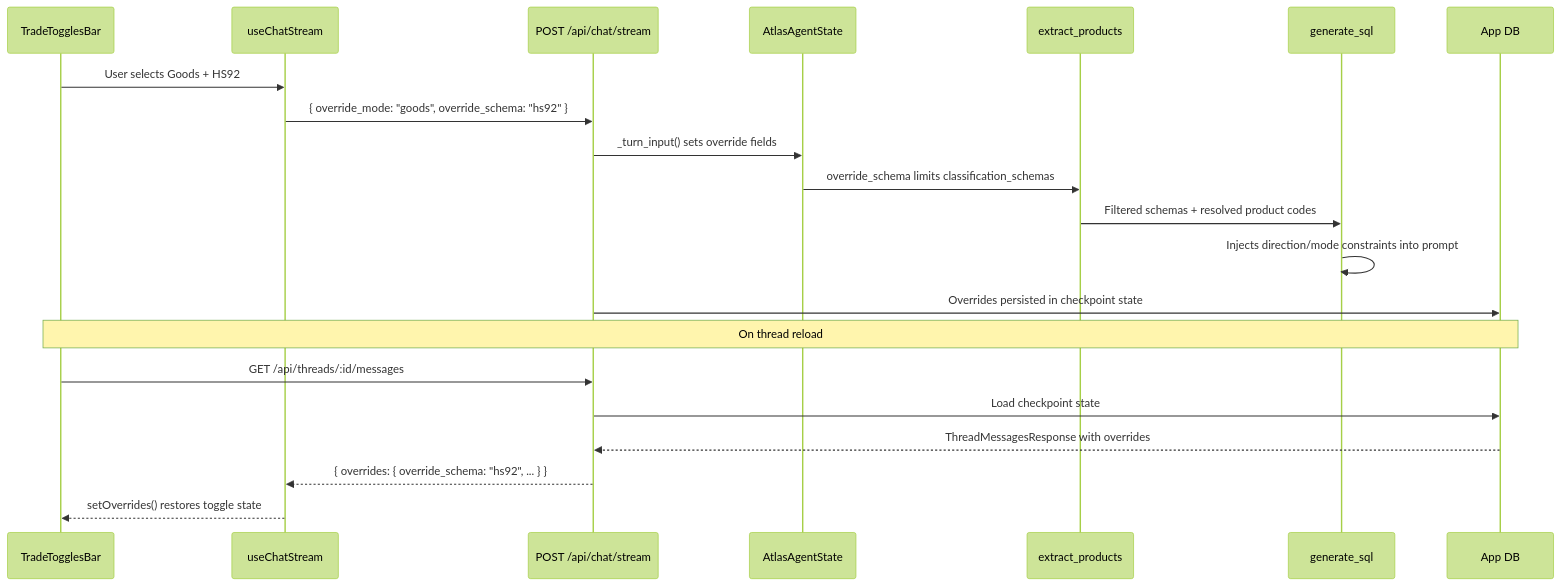
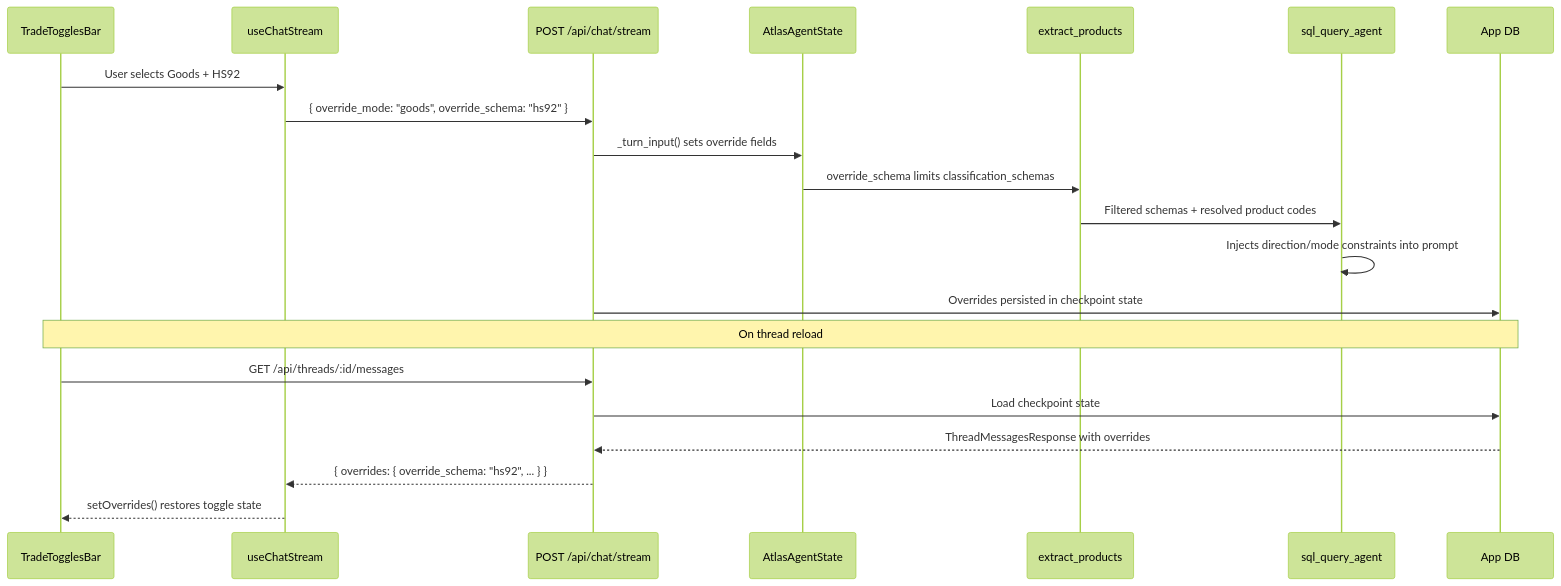
One commit to shreyasgm/ask-atlas changed the fourth of 5 diagrams in docs/public/architecture.md. Above: the diagram before and after it, drawn with Mermaid (forest theme). The commit also changed other lines of this file and 2 other files, not shown here.

First line of the commit message:
docs: update README, architecture, and backend docs to reflect current codebase

````diff
--- a/docs/public/architecture.md
+++ b/docs/public/architecture.md
@@ -914,25 +945,25 @@
 ```mermaid
 sequenceDiagram
     participant UI as TradeTogglesBar
     participant Hook as useChatStream
     participant API as POST /api/chat/stream
     participant State as AtlasAgentState
     participant EP as extract_products
-    participant GS as generate_sql
+    participant SQA as sql_query_agent
     participant DB as App DB
 
     UI->>Hook: User selects Goods + HS92
     Hook->>API: { override_mode: "goods", override_schema: "hs92" }
     API->>State: _turn_input() sets override fields
     State->>EP: override_schema limits classification_schemas
-    EP->>GS: Filtered schemas + resolved product codes
-    GS->>GS: Injects direction/mode constraints into prompt
+    EP->>SQA: Filtered schemas + resolved product codes
+    SQA->>SQA: Injects direction/mode constraints into prompt
     API->>DB: Overrides persisted in checkpoint state
 
     Note over UI,DB: On thread reload
     UI->>API: GET /api/threads/:id/messages
     API->>DB: Load checkpoint state
     DB-->>API: ThreadMessagesResponse with overrides
     API-->>Hook: { overrides: { override_schema: "hs92", ... } }
     Hook-->>UI: setOverrides() restores toggle state
 ```
````
